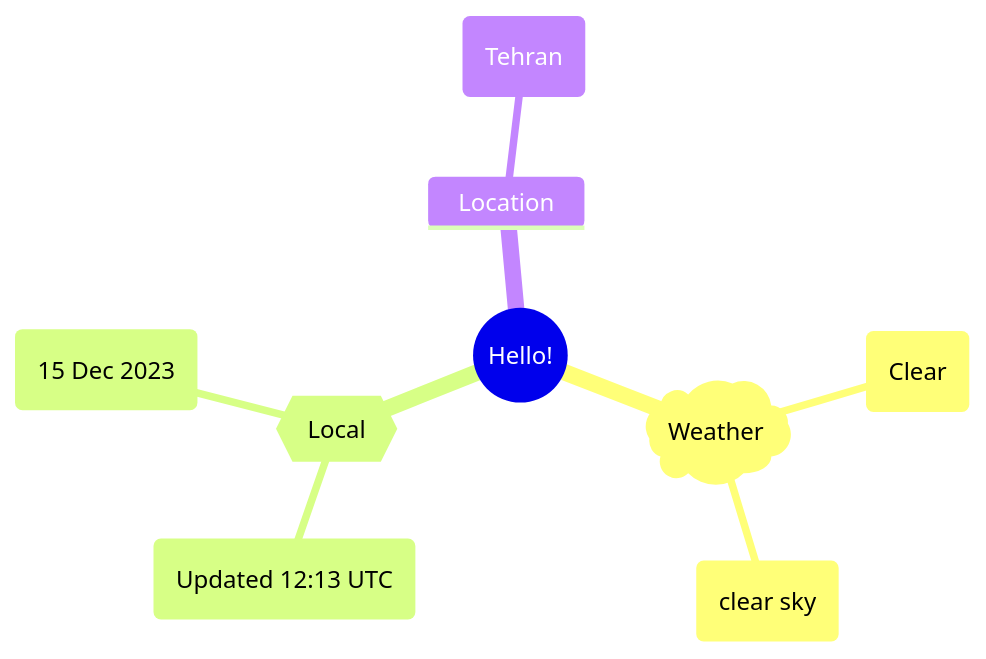
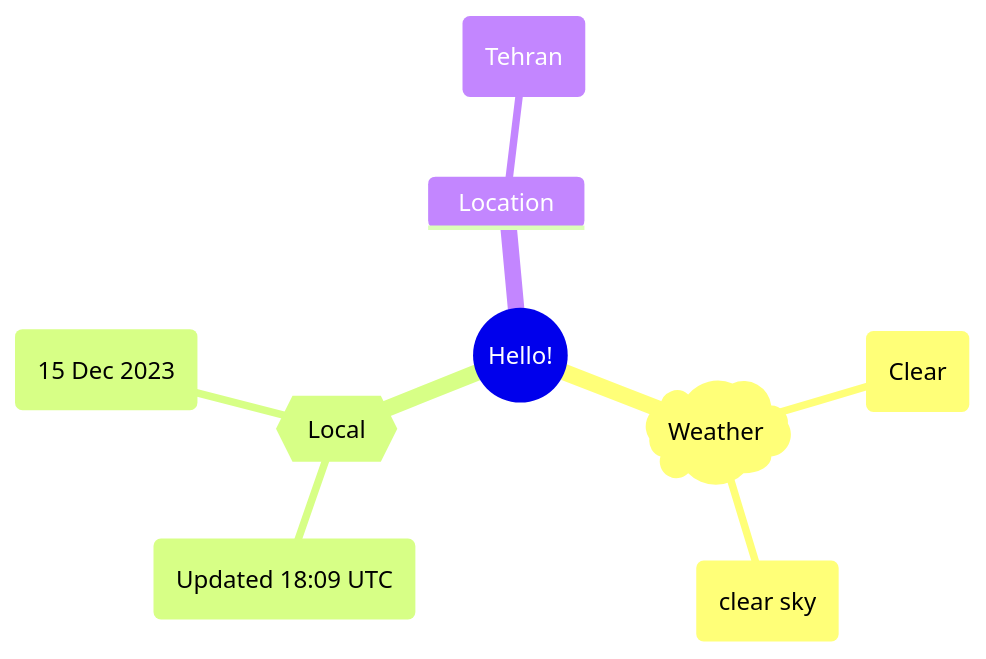
One commit to Xosrov/Xosrov changed the first of 2 diagrams in README.md. Above: the diagram before and after it, drawn with Mermaid.

Commit message:
[bot] updated images

````diff
--- a/README.md
+++ b/README.md
@@ -3,12 +3,12 @@
 ```mermaid
 mindmap
   root((Hello!))
     )Weather(
         (Clear)
         (clear sky)
     {{Local}}
-        (Updated 12:13 UTC)
+        (Updated 18:09 UTC)
         (15 Dec 2023)
     Location
         (Tehran)
 ```
````
